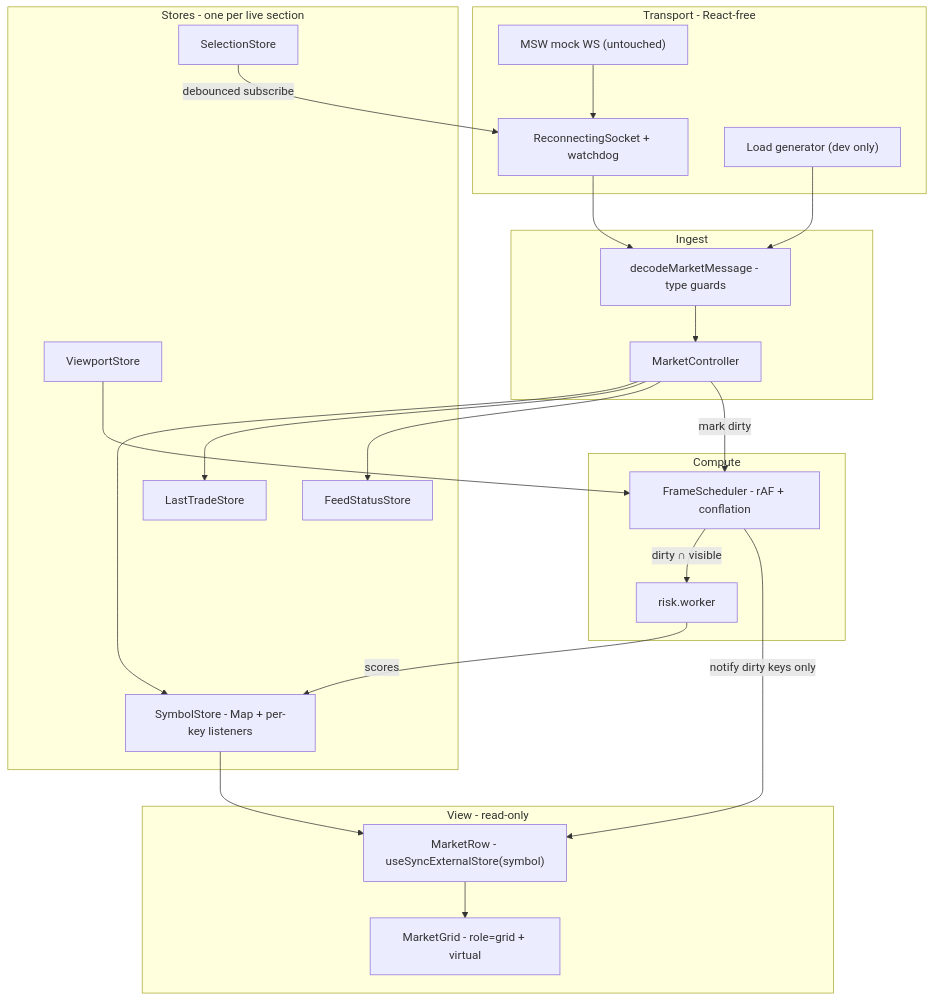
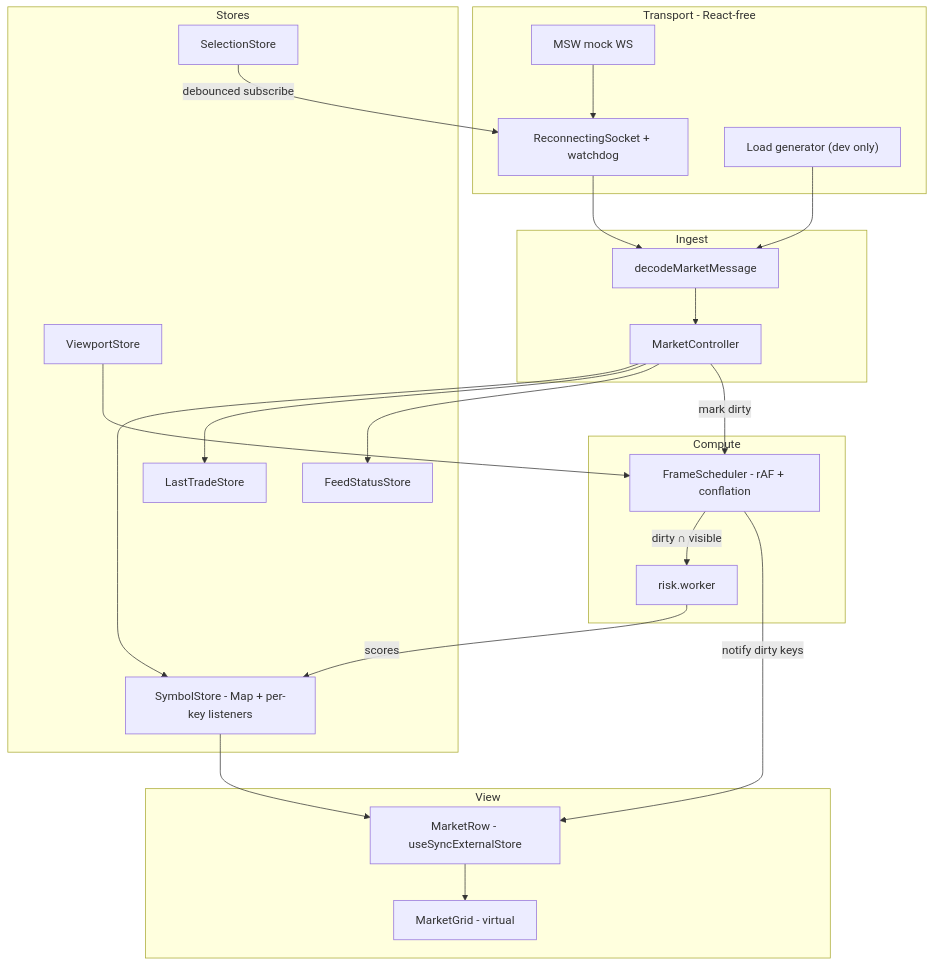
Before and after one commit to soheilhasanjani/charisma: the diagram in ARCHITECTURE.en.md, drawn with Mermaid. The commit also changed other lines of this file and 8 other files, not shown here.

First line of the commit message:
docs: update architecture documentation for clarity and accuracy

````diff
--- a/ARCHITECTURE.en.md
+++ b/ARCHITECTURE.en.md
@@ -30,42 +28,42 @@
 ```mermaid
 flowchart TB
     subgraph transport [Transport - React-free]
-      MSW["MSW mock WS (untouched)"]
+      MSW["MSW mock WS"]
       Socket["ReconnectingSocket + watchdog"]
       LoadGen["Load generator (dev only)"]
     end
     subgraph ingest [Ingest]
-      Decode["decodeMarketMessage - type guards"]
+      Decode["decodeMarketMessage"]
       Controller["MarketController"]
     end
-    subgraph state [Stores - one per live section]
+    subgraph state [Stores]
       Symbols["SymbolStore - Map + per-key listeners"]
       Trade["LastTradeStore"]
       Status["FeedStatusStore"]
       Selection["SelectionStore"]
       Viewport["ViewportStore"]
     end
     subgraph compute [Compute]
       Sched["FrameScheduler - rAF + conflation"]
       Worker["risk.worker"]
     end
-    subgraph view [View - read-only]
-      Grid["MarketGrid - role=grid + virtual"]
-      Row["MarketRow - useSyncExternalStore(symbol)"]
+    subgraph view [View]
+      Grid["MarketGrid - virtual"]
+      Row["MarketRow - useSyncExternalStore"]
     end
 
     MSW --> Socket --> Decode
     LoadGen --> Decode
     Decode --> Controller
     Controller --> Symbols
     Controller --> Trade
     Controller --> Status
     Controller -->|"mark dirty"| Sched
     Sched -->|"dirty ∩ visible"| Worker
     Worker -->|"scores"| Symbols
-    Sched -->|"notify dirty keys only"| Row
+    Sched -->|"notify dirty keys"| Row
     Symbols --> Row
     Row --> Grid
     Viewport --> Sched
     Selection -->|"debounced subscribe"| Socket
 ```
````
